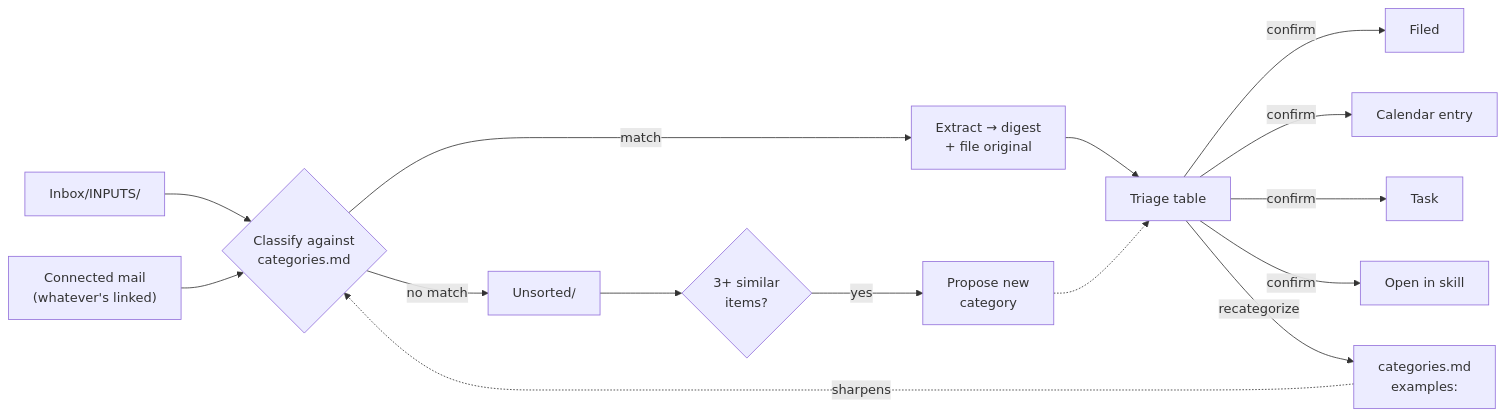
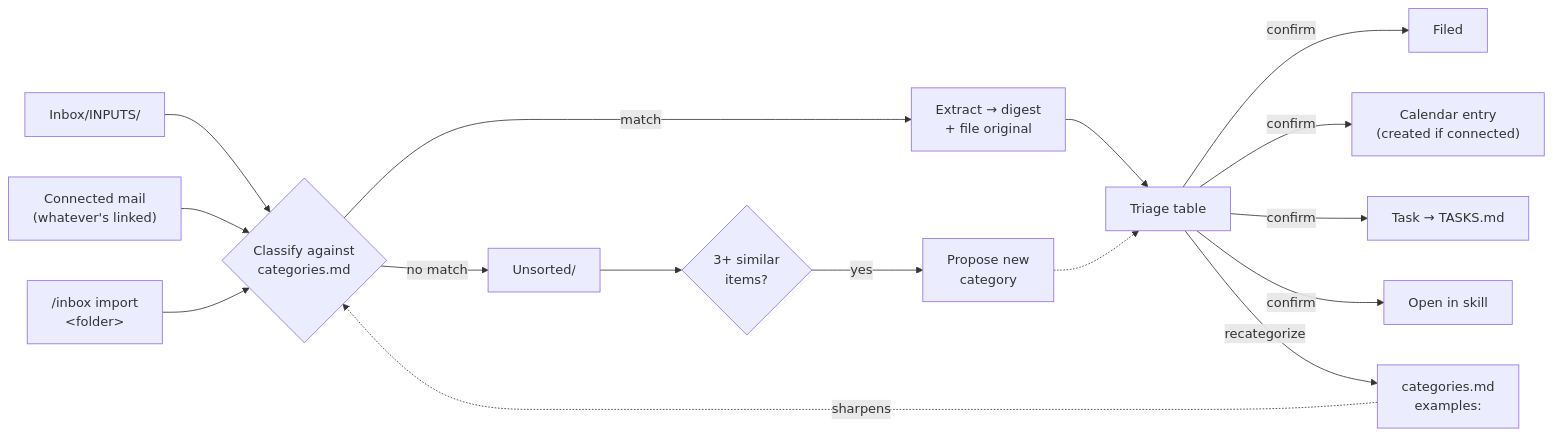
The diagram in README.md (googlarz/personal-inbox), drawn with Mermaid before and after one commit. The commit also changed other lines of this file and 29 other files, not shown here.

First line of the commit message:
Add action execution: calendar, tasks, and import mode

````diff
--- a/README.md
+++ b/README.md
@@ -53,27 +53,29 @@
 ```mermaid
 flowchart LR
     drop["Inbox/INPUTS/"]
     mail["Connected mail<br/>(whatever's linked)"]
+    import["/inbox import<br/>&lt;folder&gt;"]
     classify{"Classify against<br/>categories.md"}
     extract["Extract → digest<br/>+ file original"]
     unsorted["Unsorted/"]
     pattern{"3+ similar<br/>items?"}
     newcat["Propose new<br/>category"]
     triage["Triage table"]
     file["Filed"]
-    cal["Calendar entry"]
-    task["Task"]
+    cal["Calendar entry<br/>(created if connected)"]
+    task["Task → TASKS.md"]
     skill["Open in skill"]
     examples["categories.md<br/>examples:"]
 
     drop --> classify
     mail --> classify
+    import --> classify
     classify -->|match| extract --> triage
     classify -->|no match| unsorted --> pattern
     pattern -->|yes| newcat -.-> triage
     triage -->|confirm| file
     triage -->|confirm| cal
     triage -->|confirm| task
     triage -->|confirm| skill
     triage -->|recategorize| examples -. sharpens .-> classify
 ```
````
